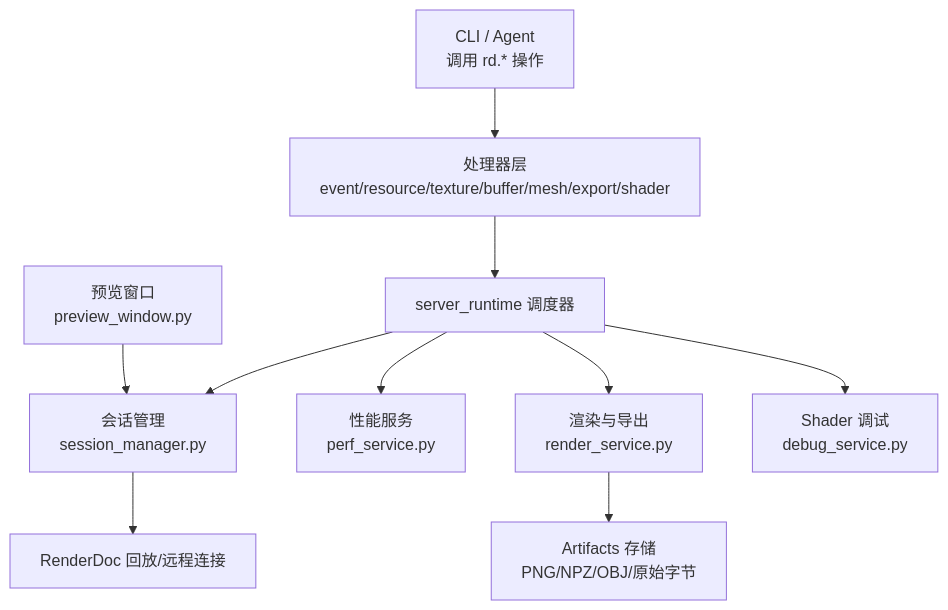
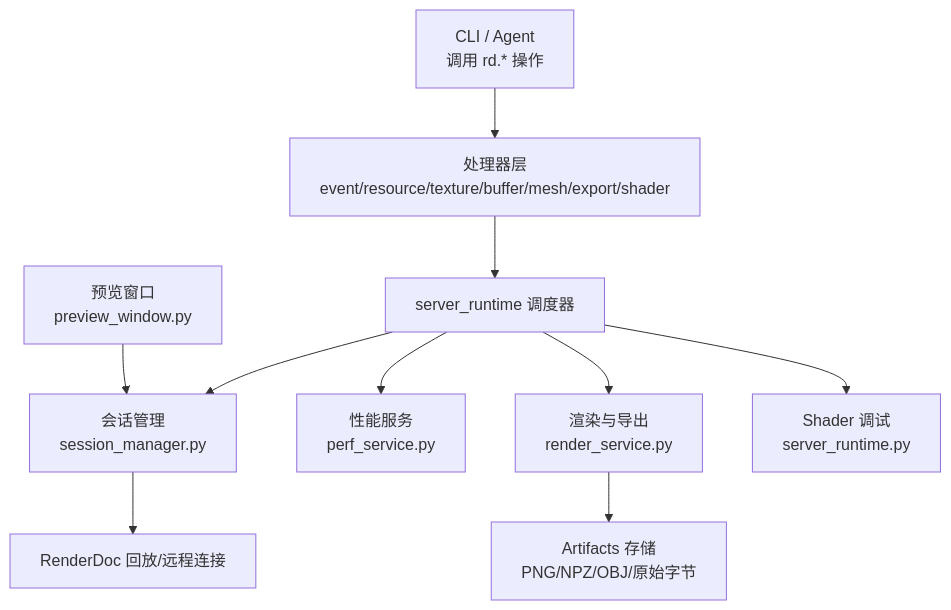
Before and after one commit to haolange/RDC-Tool: the first of 9 diagrams in .qoder/repowiki/zh/content/项目概述/核心功能.md, drawn with Mermaid. The commit also changed other lines of this file and 79 other files, not shown here.

````diff
--- a/.qoder/repowiki/zh/content/项目概述/核心功能.md
+++ b/.qoder/repowiki/zh/content/项目概述/核心功能.md
@@ -46,12 +46,12 @@
 ```mermaid
 graph TB
 CLI["CLI / Agent<br/>调用 rd.* 操作"] --> Handlers["处理器层<br/>event/resource/texture/buffer/mesh/export/shader"]
 Handlers --> Runtime["server_runtime 调度器"]
 Runtime --> SessionMgr["会话管理<br/>session_manager.py"]
 Runtime --> PerfSvc["性能服务<br/>perf_service.py"]
 Runtime --> RenderSvc["渲染与导出<br/>render_service.py"]
-Runtime --> DebugSvc["Shader 调试<br/>debug_service.py"]
+Runtime --> DebugLogic["Shader 调试<br/>server_runtime.py"]
 SessionMgr --> RD["RenderDoc 回放/远程连接"]
 RenderSvc --> Artifacts["Artifacts 存储<br/>PNG/NPZ/OBJ/原始字节"]
 Preview["预览窗口<br/>preview_window.py"] --> SessionMgr
 ```
````
